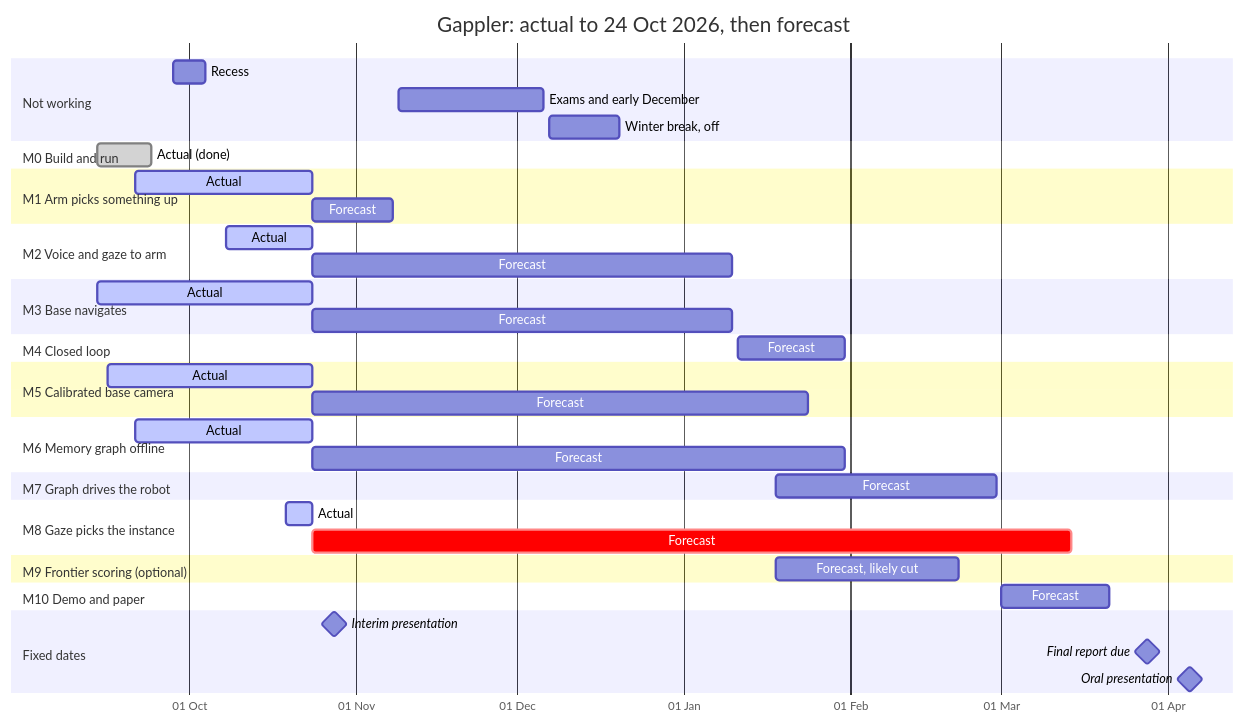
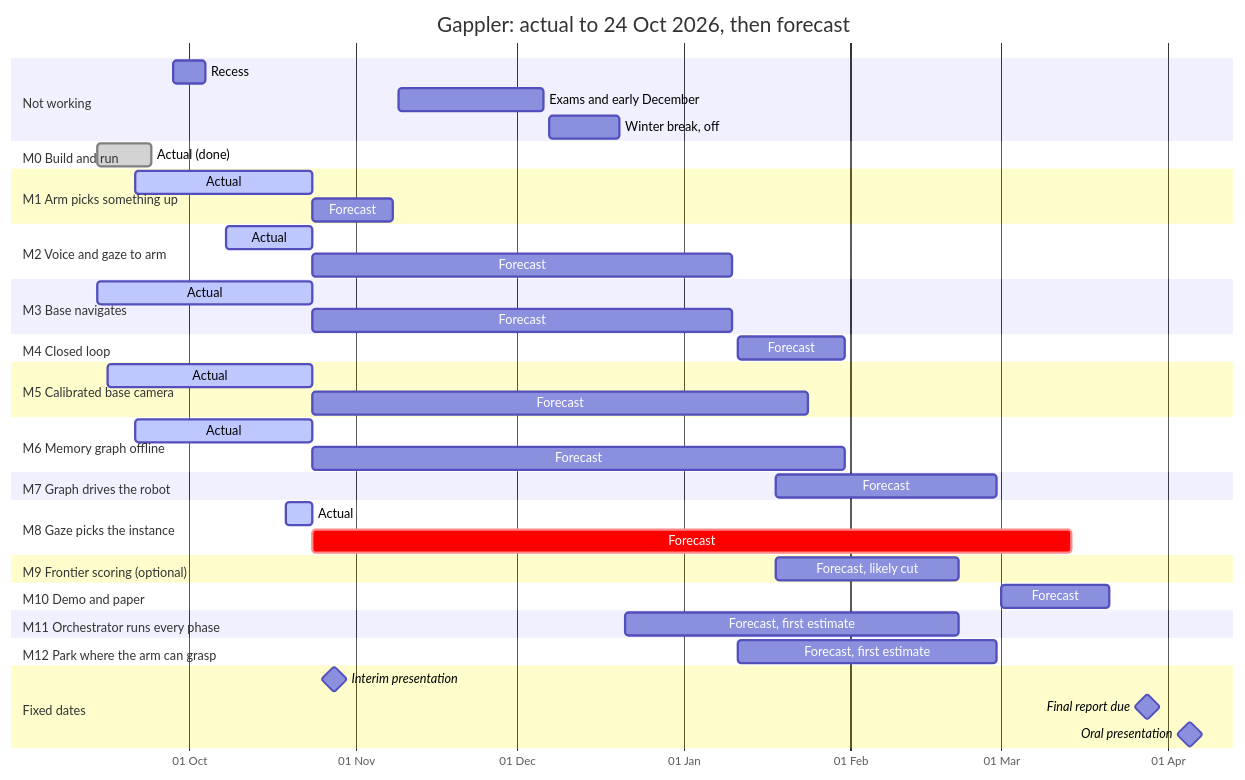
The first of 3 diagrams in docs/COMBINED_PROGRESS_REPORT_2026-10.md (dionyichia/Gappler), drawn with Mermaid before and after one commit. The commit also changed other lines of this file and 4 other files, not shown here.

````diff
--- a/docs/COMBINED_PROGRESS_REPORT_2026-10.md
+++ b/docs/COMBINED_PROGRESS_REPORT_2026-10.md
@@ -213,42 +218,46 @@
 ```mermaid
 gantt
   title Gappler: actual to 24 Oct 2026, then forecast
   dateFormat YYYY-MM-DD
   axisFormat %d %b
   section Not working
   Recess                              :2026-09-28, 2026-10-04
   Exams and early December            :2026-11-09, 2026-12-06
   Winter break, off                   :2026-12-07, 2026-12-20
   section M0 Build and run
   Actual (done)                       :done, 2026-09-14, 2026-09-24
   section M1 Arm picks something up
   Actual                              :active, 2026-09-21, 2026-10-24
   Forecast                            :2026-10-24, 2026-11-08
   section M2 Voice and gaze to arm
   Actual                              :active, 2026-10-08, 2026-10-24
   Forecast                            :2026-10-24, 2027-01-10
   section M3 Base navigates
   Actual                              :active, 2026-09-14, 2026-10-24
   Forecast                            :2026-10-24, 2027-01-10
   section M4 Closed loop
   Forecast                            :2027-01-11, 2027-01-31
   section M5 Calibrated base camera
   Actual                              :active, 2026-09-16, 2026-10-24
   Forecast                            :2026-10-24, 2027-01-24
   section M6 Memory graph offline
   Actual                              :active, 2026-09-21, 2026-10-24
   Forecast                            :2026-10-24, 2027-01-31
   section M7 Graph drives the robot
   Forecast                            :2027-01-18, 2027-02-28
   section M8 Gaze picks the instance
   Actual                              :active, 2026-10-19, 2026-10-24
   Forecast                            :crit, 2026-10-24, 2027-03-14
   section M9 Frontier scoring (optional)
   Forecast, likely cut                :2027-01-18, 2027-02-21
   section M10 Demo and paper
   Forecast                            :2027-03-01, 2027-03-21
+  section M11 Orchestrator runs every phase
+  Forecast, first estimate            :2026-12-21, 2027-02-21
+  section M12 Park where the arm can grasp
+  Forecast, first estimate            :2027-01-11, 2027-02-28
   section Fixed dates
   Interim presentation                :milestone, 2026-10-28, 0d
   Final report due                    :milestone, 2027-03-28, 0d
   Oral presentation                   :milestone, 2027-04-05, 0d
 ```
````
